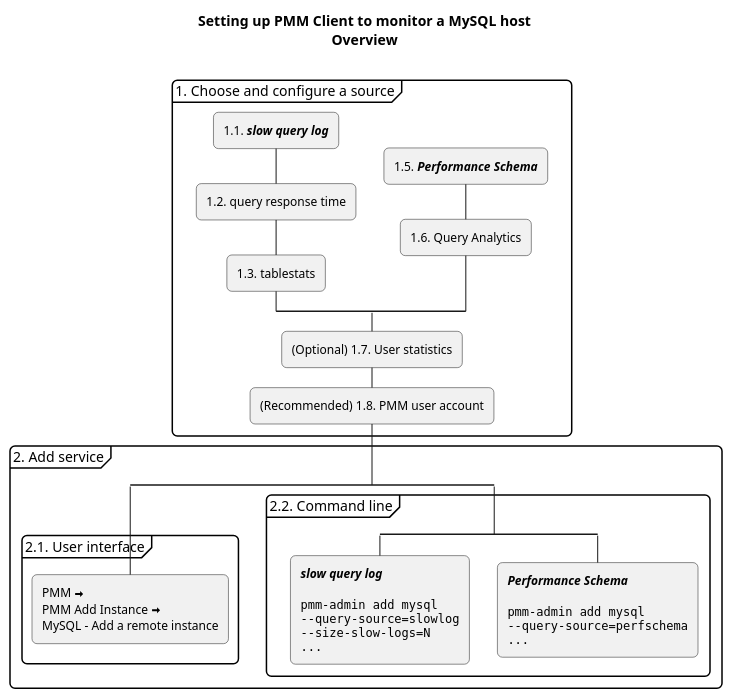
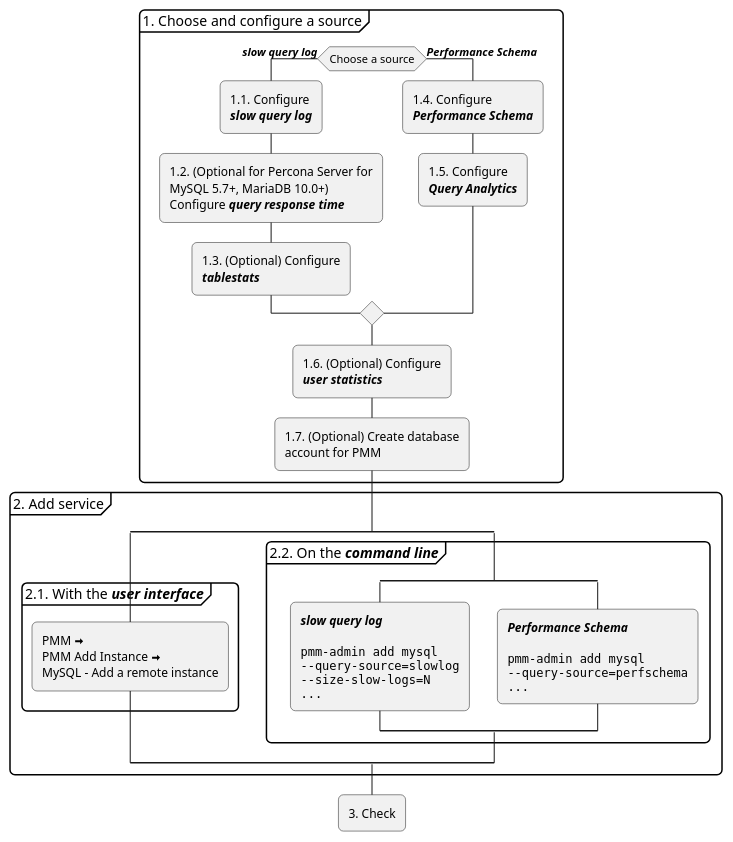
The diagram in _resources/diagrams/Setting-Up_Client_MySQL.puml (percona/pmm-doc), drawn with PlantUML before and after one commit. The commit also changed 2 other files, not shown here.

```diff
--- a/_resources/diagrams/Setting-Up_Client_MySQL.puml
+++ b/_resources/diagrams/Setting-Up_Client_MySQL.puml
@@ -6,53 +6,62 @@
 @startuml "setting-up_client_mysql"
 skinparam ArrowHeadColor none
 skinparam roundCorner 10
-title "Setting up PMM Client to monitor a MySQL host\nOverview\n"
+'title "Setting up PMM Client to monitor a MySQL host\nOverview\n"
+
+
 
 partition "1. Choose and configure a source" {
-	split
-		-[hidden]->
-		:1.1. **//slow query log//**;
-		:1.2. query response time;
-		:1.3. tablestats;
-	split again
-		-[hidden]->
-		:1.5. **//Performance Schema//**;
-		:1.6. Query Analytics;
-	end split
-	:(Optional) 1.7. User statistics;
-	:(Recommended) 1.8. PMM user account;
+
+	if (Choose a source) then (**//slow query log//**)
+'		split
+'			-[hidden]->
+			:1.1. Configure\n**//slow query log//**;
+			:1.2. (Optional for Percona Server for\nMySQL 5.7+, MariaDB 10.0+)\nConfigure **//query response time//**;
+			:1.3. (Optional) Configure\n**//tablestats//**;
+	else (**//Performance Schema//**)
+'		split again
+'			-[hidden]->
+			:1.4. Configure\n**//Performance Schema//**;
+			:1.5. Configure\n**//Query Analytics//**;
+'		end split
+	endif
+	:1.6. (Optional) Configure\n**//user statistics//**;
+	:1.7. (Optional) Create database\naccount for PMM;
 }
 partition "2. Add service" {
 	split
-	partition "2.1. User interface" {
+	partition "2.1. With the **//user interface//**" {
 		:PMM <&arrow-thick-right>\nPMM Add Instance <&arrow-thick-right>\nMySQL - Add a remote instance;
 	}
-	kill
+'	kill
 	split again
 
-	partition "2.2. Command line" {
+	partition "2.2. On the **//command line//**" {
 		split
 		:**//slow query log//**
 
 <code>
 		pmm-admin add mysql
 		--query-source=slowlog
 		--size-slow-logs=N
 		...
 </code>;
 
-		kill
+'		kill
 		split again
 		:**//Performance Schema//**
 
 <code>
 		pmm-admin add mysql
 		--query-source=perfschema
 		...
 </code>;
-		kill
+'		kill
 		end split
 	}
 end split
 }
+
+:3. Check;
+
 @enduml
```
